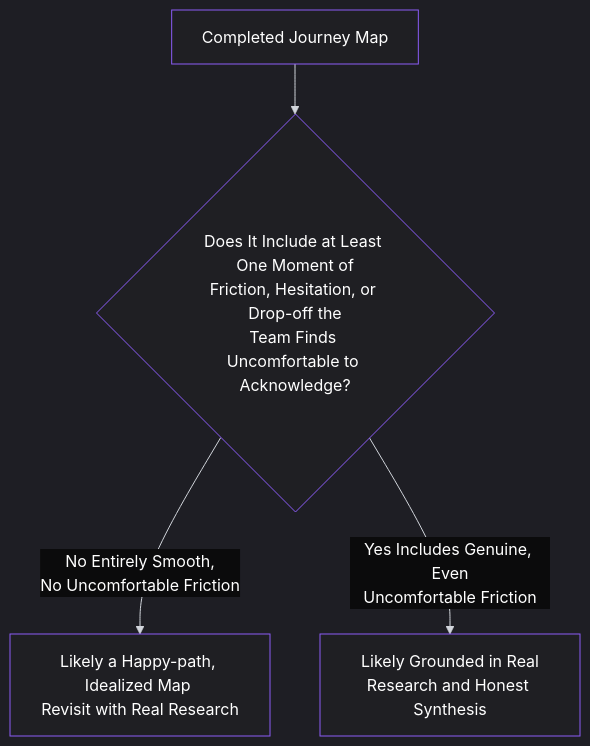
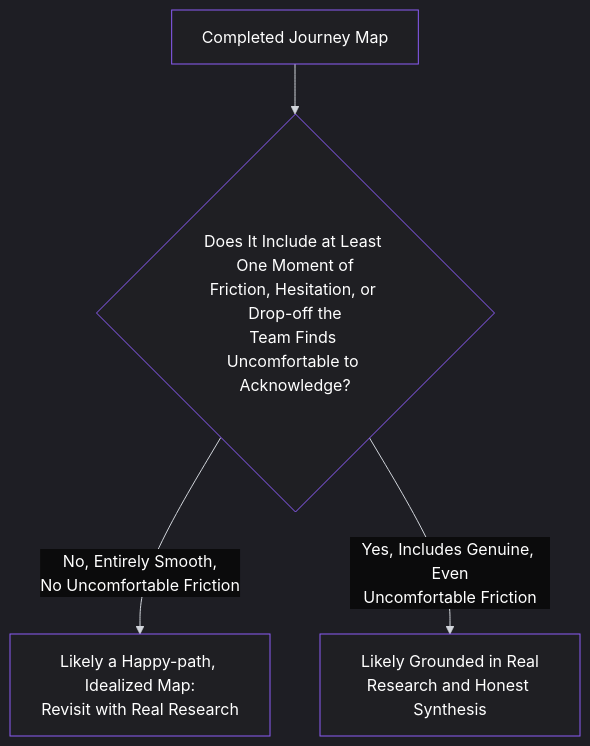
The third of 3 diagrams in content/lessons/lesson-015.md (pmacademy-app/web), drawn with Mermaid before and after one commit. The commit also changed other lines of this file and 275 other files, not shown here.

````diff
--- a/content/lessons/lesson-015.md
+++ b/content/lessons/lesson-015.md
@@ -192,36 +192,36 @@
 ```mermaid
 %%{init: {
   "theme": "dark",
   "themeVariables": {
     "background": "#0b0b0c",
     "primaryColor": "#1f1f23",
     "primaryTextColor": "#ffffff",
     "primaryBorderColor": "#8b5cf6",
     "lineColor": "#d1d5db",
     "secondaryColor": "#18181b",
     "tertiaryColor": "#111111",
     "mainBkg": "#1f1f23",
     "nodeBorder": "#8b5cf6",
     "clusterBkg": "#000000",
     "clusterBorder": "#27272a",
     "titleColor": "#ffffff",
     "edgeLabelBackground": "#0b0b0c",
     "nodeTextColor": "#ffffff",
     "edgeLabelColor": "#ffffff",
     "actorBorder": "#8b5cf6",
     "actorBkg": "#1f1f23",
     "actorTextColor": "#ffffff",
     "sequenceNumberColor": "#ffffff",
     "signalColor": "#8b5cf6",
     "signalTextColor": "#ffffff",
     "textColor": "#ffffff",
     "classText": "#ffffff",
     "classBorder": "#8b5cf6",
     "classBkg": "#1f1f23"
   }
 }}%%
 graph TD
     A[Completed Journey Map] --> B{Does It Include at Least One Moment of<br/>Friction, Hesitation, or Drop-off the<br/>Team Finds Uncomfortable to Acknowledge?}
-    B -->|No Entirely Smooth,<br/>No Uncomfortable Friction| C[Likely a Happy-path, Idealized Map <br/>Revisit with Real Research]
-    B -->|Yes Includes Genuine, Even<br/>Uncomfortable Friction| D[Likely Grounded in Real<br/>Research and Honest Synthesis]
+    B -->|No, Entirely Smooth,<br/>No Uncomfortable Friction| C[Likely a Happy-path, Idealized Map:<br/>Revisit with Real Research]
+    B -->|Yes, Includes Genuine, Even<br/>Uncomfortable Friction| D[Likely Grounded in Real<br/>Research and Honest Synthesis]
 ```
````
